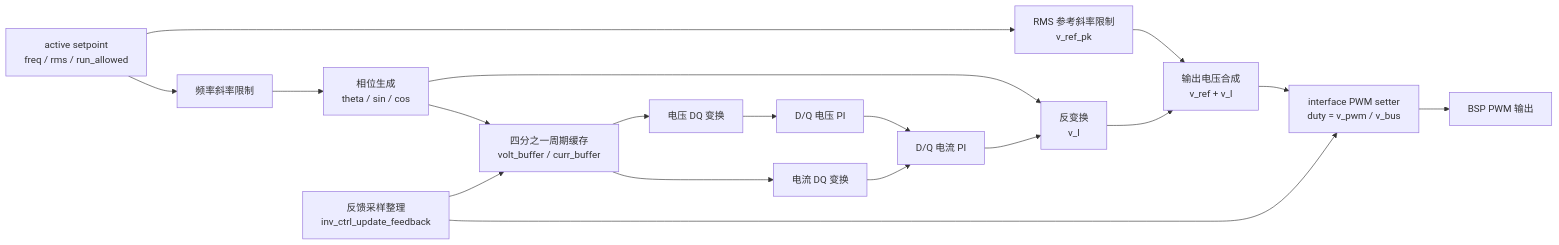
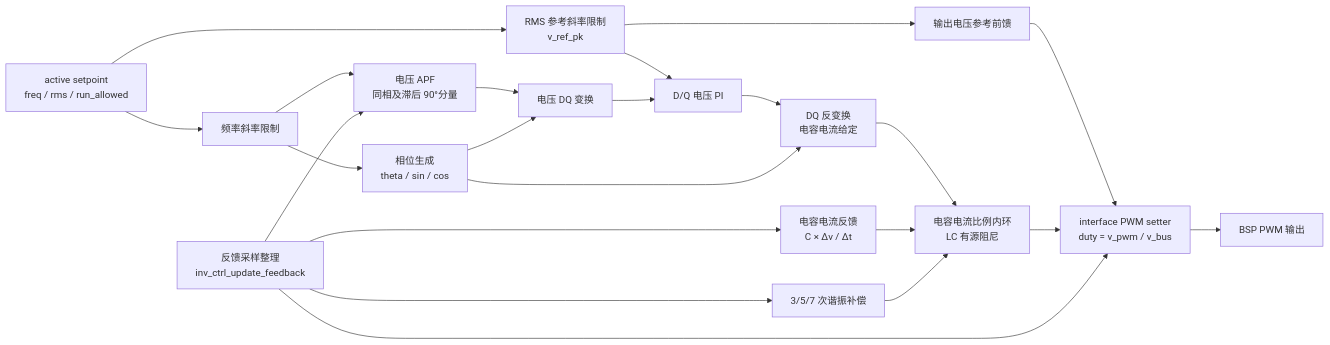
Before and after one commit to MAXLII/ATOMAN: the diagram in docs/design/control/inv/ctrl_inv_design.md, drawn with Mermaid. The commit also changed other lines of this file and 3 other files, not shown here.

````diff
--- a/docs/design/control/inv/ctrl_inv_design.md
+++ b/docs/design/control/inv/ctrl_inv_design.md
@@ -18,28 +20,31 @@
 ```mermaid
 flowchart LR
     cfg["active setpoint<br/>freq / rms / run_allowed"]
     theta["相位生成<br/>theta / sin / cos"]
     rampf["频率斜率限制"]
     rampv["RMS 参考斜率限制<br/>v_ref_pk"]
     sample["反馈采样整理<br/>inv_ctrl_update_feedback"]
-    buffer["四分之一周期缓存<br/>volt_buffer / curr_buffer"]
+    apf["电压 APF<br/>同相及滞后 90°分量"]
     dqv["电压 DQ 变换"]
-    dqi["电流 DQ 变换"]
     vloop["D/Q 电压 PI"]
-    iloop["D/Q 电流 PI"]
-    invdq["反变换<br/>v_l"]
-    sum["输出电压合成<br/>v_ref + v_l"]
+    invdq["DQ 反变换<br/>电容电流给定"]
+    icest["电容电流反馈<br/>C × Δv / Δt"]
+    hc["3/5/7 次谐振补偿"]
+    iloop["电容电流比例内环<br/>LC 有源阻尼"]
+    vff["输出电压参考前馈"]
     pwmif["interface PWM setter<br/>duty = v_pwm / v_bus"]
     pwm["BSP PWM 输出"]
 
     cfg --> rampf --> theta
-    cfg --> rampv --> sum
-    theta --> buffer
-    sample --> buffer --> dqv
-    buffer --> dqi
-    dqv --> vloop --> iloop
-    dqi --> iloop
+    cfg --> rampv --> vloop
+    rampf --> apf
+    sample --> apf --> dqv --> vloop --> invdq --> iloop
+    sample --> icest --> iloop
+    sample --> hc --> iloop
+    theta --> dqv
     theta --> invdq
-    iloop --> invdq --> sum --> pwmif --> pwm
+    rampv --> vff
+    vff --> pwmif
+    iloop --> pwmif --> pwm
     sample --> pwmif
 ```
````
